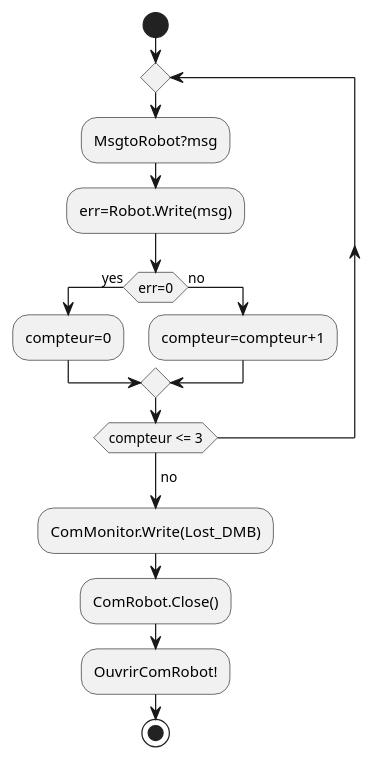
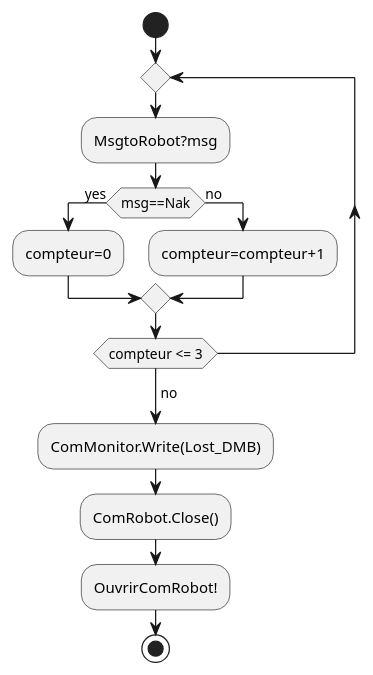
The diagram in modele/diagrammes d'activite/8 et 9_pertecomRS.plantuml (dotsumae/TP-temps-reel), drawn with PlantUML before and after one commit.

Commit message:
Update 8 et 9_pertecomRS.plantuml

```diff
--- a/modele/diagrammes d'activite/8 et 9_pertecomRS.plantuml
+++ b/modele/diagrammes d'activite/8 et 9_pertecomRS.plantuml
@@ -1,27 +1,26 @@
 @startuml
 'Fonctionnalite 8 et 9 : 
 
 skinparam monochrome true
 
 start
 repeat
 :MsgtoRobot?msg;
-:err=Robot.Write(msg);
 
-if (err=0) then (yes)
+if (msg==Nak) then (yes)
   :compteur=0;
   else (no)
   :compteur=compteur+1;
 endif
 
 repeat while (compteur <= 3)
 -> no; 
 :ComMonitor.Write(Lost_DMB);
 :ComRobot.Close();
 :OuvrirComRobot!;
 
 
 
 
 stop
 @enduml
```
